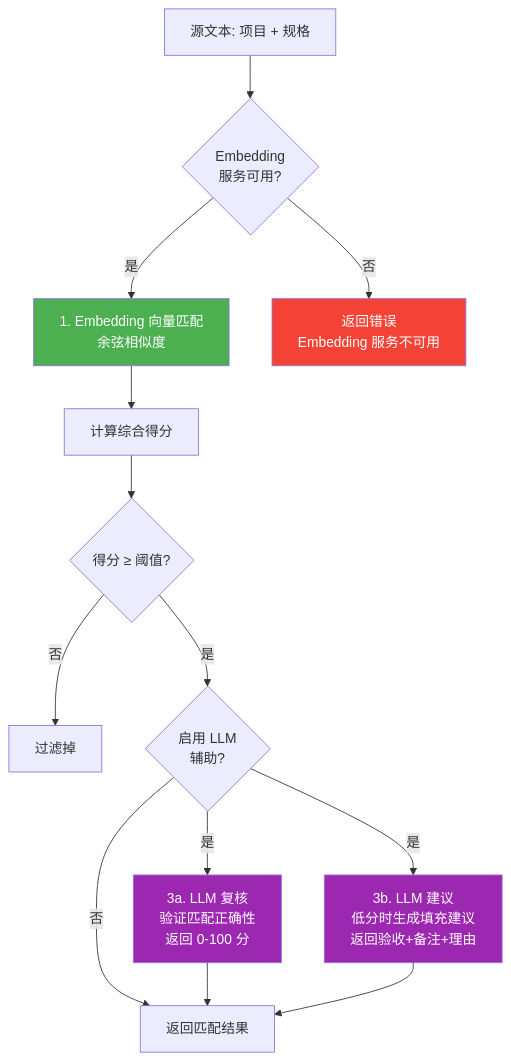
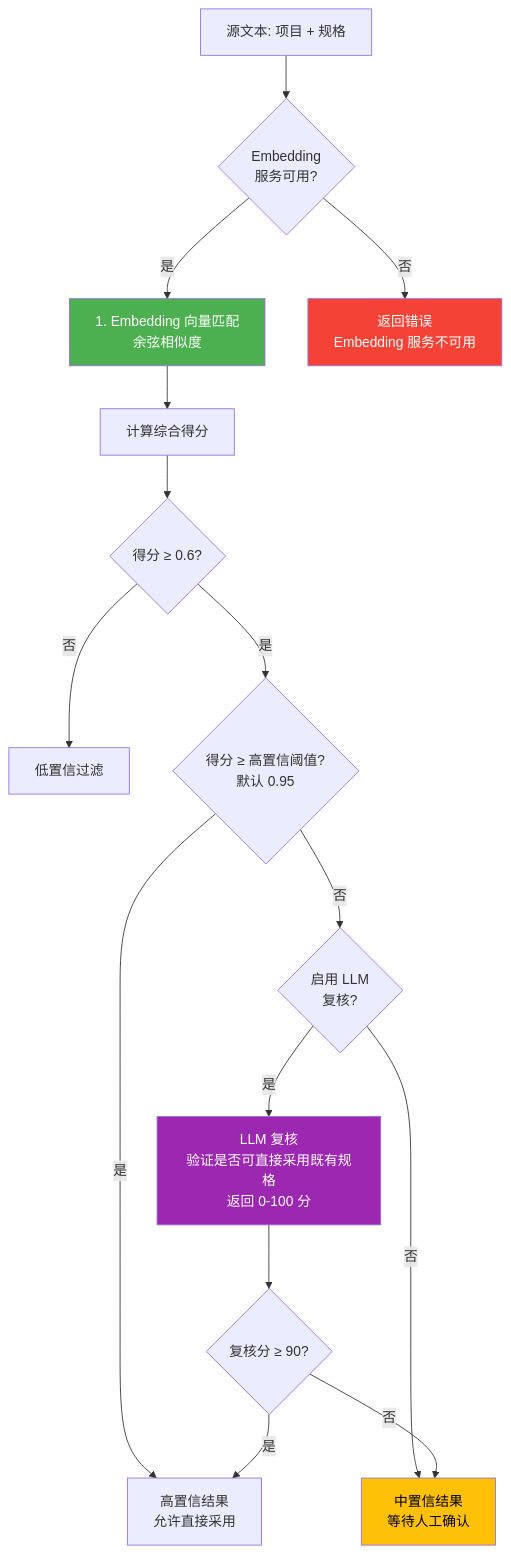
One commit to xiaocaiisxiaocai/AcceptanceSpecRecognition changed the seventh of 28 diagrams in docs/design-overview.md. Above: the diagram before and after it, drawn with Mermaid. The commit also changed other lines of this file and 51 other files, not shown here.

````diff
--- a/docs/design-overview.md
+++ b/docs/design-overview.md
@@ -261,26 +261,27 @@
 ```mermaid
 flowchart TD
     START[源文本: 项目 + 规格] --> EMB{Embedding<br/>服务可用?}
 
     EMB -- 是 --> VEC[1. Embedding 向量匹配<br/>余弦相似度]
     EMB -- 否 --> FAIL[返回错误<br/>Embedding 服务不可用]
 
     VEC --> SCORE[计算综合得分]
 
-    SCORE --> THR{得分 ≥ 阈值?}
-    THR -- 否 --> FILTER[过滤掉]
+    SCORE --> LOW{得分 ≥ 0.6?}
+    LOW -- 否 --> FILTER[低置信过滤]
 
-    THR -- 是 --> LLM_EN{启用 LLM<br/>辅助?}
-    LLM_EN -- 否 --> RESULT[返回匹配结果]
+    LOW -- 是 --> HIGH{得分 ≥ 高置信阈值?<br/>默认 0.95}
+    HIGH -- 是 --> RESULT[高置信结果<br/>允许直接采用]
 
-    LLM_EN -- 是 --> LLM_R[3a. LLM 复核<br/>验证匹配正确性<br/>返回 0-100 分]
-    LLM_EN -- 是 --> LLM_S[3b. LLM 建议<br/>低分时生成填充建议<br/>返回验收+备注+理由]
-
-    LLM_R --> RESULT
-    LLM_S --> RESULT
+    HIGH -- 否 --> LLM_EN{启用 LLM<br/>复核?}
+    LLM_EN -- 否 --> PENDING[中置信结果<br/>等待人工确认]
+    LLM_EN -- 是 --> LLM_R[LLM 复核<br/>验证是否可直接采用既有规格<br/>返回 0-100 分]
+    LLM_R --> REVIEW{复核分 ≥ 90?}
+    REVIEW -- 是 --> RESULT
+    REVIEW -- 否 --> PENDING
 
     style VEC fill:#4CAF50,color:#fff
     style FAIL fill:#F44336,color:#fff
     style LLM_R fill:#9C27B0,color:#fff
-    style LLM_S fill:#9C27B0,color:#fff
+    style PENDING fill:#FFC107,color:#000
 ```
````
